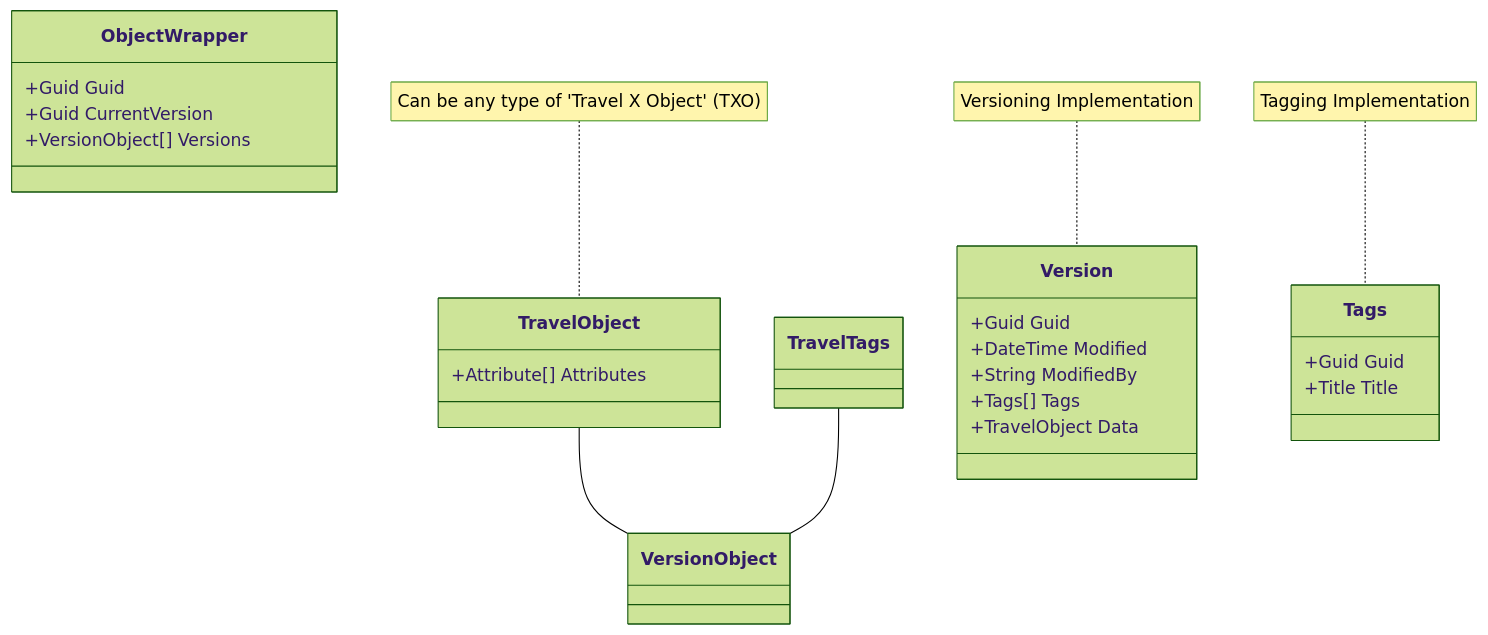
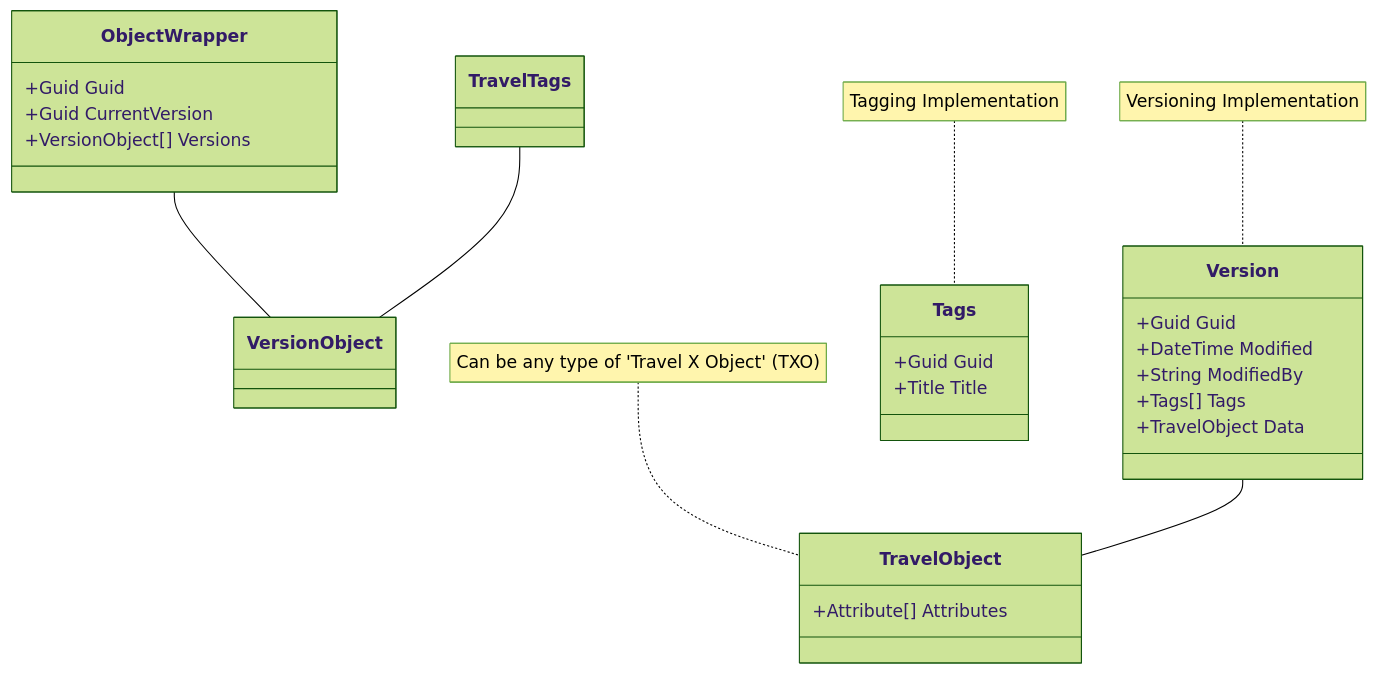
One commit to OSSTRA/TXDM changed the diagram in Travel Object TO.md. Above: the diagram before and after it, drawn with Mermaid (forest theme).

Commit message:
Update Travel Object TO.md

````diff
--- a/Travel Object TO.md
+++ b/Travel Object TO.md
@@ -14,27 +14,28 @@
 ```mermaid
 classDiagram
-TravelObject -- VersionObject
+ObjectWrapper -- VersionObject
 TravelTags -- VersionObject
+Version -- TravelObject
     class ObjectWrapper{
       +Guid Guid
       +Guid CurrentVersion
       +VersionObject[] Versions
     }
     class Version{
       +Guid Guid
       +DateTime Modified
       +String ModifiedBy
       +Tags[] Tags
       +TravelObject Data
     }
     class Tags{
         +Guid Guid
         +Title Title
     }
     class TravelObject{
         +Attribute[] Attributes
     }
     note for Version "Versioning Implementation"
     note for Tags "Tagging Implementation"
     note for TravelObject "Can be any type of 'Travel X Object' (TXO)"
 ```
````
